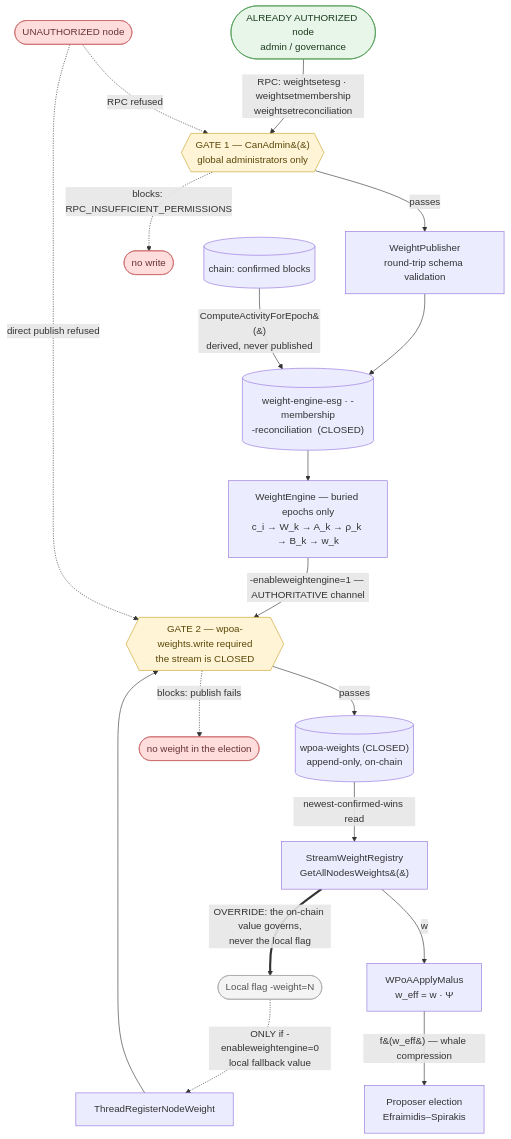
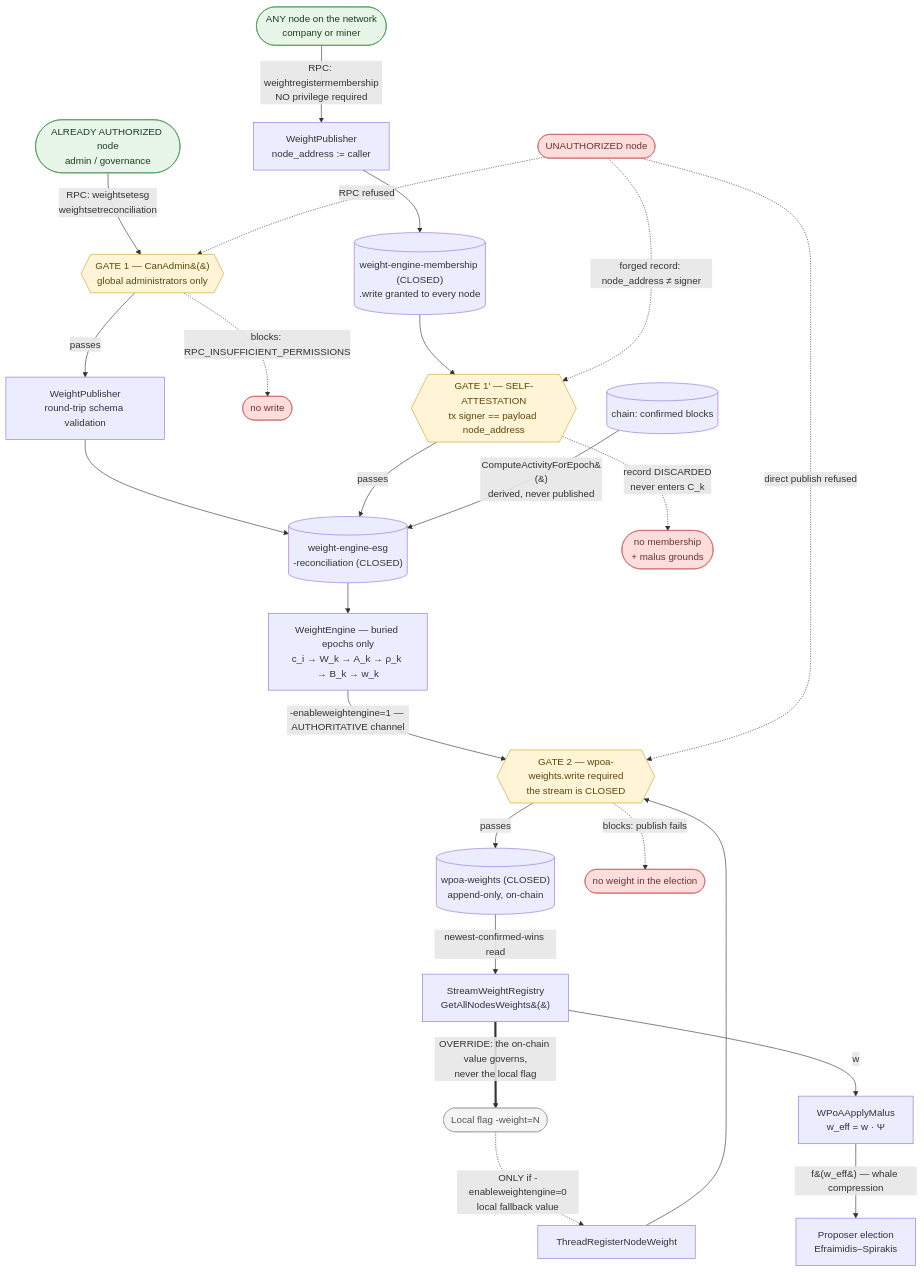
One commit to FeMattu/multichain changed the diagram in src/wpoa/docs/implementation-status.md. Above: the diagram before and after it, drawn with Mermaid. The commit also changed other lines of this file and 17 other files, not shown here.

````diff
--- a/src/wpoa/docs/implementation-status.md
+++ b/src/wpoa/docs/implementation-status.md
@@ -75,39 +75,49 @@
 ```mermaid
 flowchart TD
     ADM([ALREADY AUTHORIZED node<br/>admin / governance]):::ok
     UNAUTH([UNAUTHORIZED node]):::bad
+    ANYNODE([ANY node on the network<br/>company or miner]):::ok
 
-    ADM -->|"RPC: weightsetesg · weightsetmembership<br/>weightsetreconciliation"| GATE_ADM
+    ADM -->|"RPC: weightsetesg<br/>weightsetreconciliation"| GATE_ADM
     UNAUTH -.->|"RPC refused"| GATE_ADM
 
     GATE_ADM{{"GATE 1 — CanAdmin&#40;&#41;<br/>global administrators only"}}:::gate
     GATE_ADM -->|passes| PUB["WeightPublisher<br/>round-trip schema validation"]
     GATE_ADM -.->|"blocks: RPC_INSUFFICIENT_PERMISSIONS"| DENY1([no write]):::bad
 
-    PUB --> INS[("weight-engine-esg · -membership<br/>-reconciliation  (CLOSED)")]
+    PUB --> INS[("weight-engine-esg<br/>-reconciliation  (CLOSED)")]
+
+    ANYNODE -->|"RPC: weightregistermembership<br/>NO privilege required"| PUBM["WeightPublisher<br/>node_address := caller"]
+    PUBM --> MEMS[("weight-engine-membership (CLOSED)<br/>.write granted to every node")]
+
+    MEMS --> GATE_SELF{{"GATE 1' — SELF-ATTESTATION<br/>tx signer == payload node_address"}}:::gate
+    GATE_SELF -->|passes| INS
+    GATE_SELF -.->|"record DISCARDED<br/>never enters C_k"| DENY_M([no membership<br/>+ malus grounds]):::bad
+    UNAUTH -.->|"forged record: node_address ≠ signer"| GATE_SELF
+
     CHAIN[("chain: confirmed blocks")] -->|"ComputeActivityForEpoch&#40;&#41;<br/>derived, never published"| INS
 
     INS --> ENG["WeightEngine — buried epochs only<br/>c_i → W_k → A_k → ρ_k → B_k → w_k"]
 
     CLI([Local flag -weight=N]):::weak
     CLI -.->|"ONLY if -enableweightengine=0<br/>local fallback value"| STAT["ThreadRegisterNodeWeight"]
 
     ENG -->|"-enableweightengine=1 — AUTHORITATIVE channel"| GATE_W
     STAT --> GATE_W
 
     GATE_W{{"GATE 2 — wpoa-weights.write required<br/>the stream is CLOSED"}}:::gate
     GATE_W -->|passes| WSTREAM[("wpoa-weights (CLOSED)<br/>append-only, on-chain")]
     GATE_W -.->|"blocks: publish fails"| DENY2([no weight in the election]):::bad
     UNAUTH -.->|"direct publish refused"| GATE_W
 
     WSTREAM -->|"newest-confirmed-wins read"| REG["StreamWeightRegistry<br/>GetAllNodesWeights&#40;&#41;"]
     REG ==>|"OVERRIDE: the on-chain value governs,<br/>never the local flag"| CLI
 
     REG -->|"w"| MAL["WPoAApplyMalus<br/>w_eff = w · Ψ"]
     MAL -->|"f&#40;w_eff&#41; — whale compression"| ELECT["Proposer election<br/>Efraimidis–Spirakis"]
 
     classDef ok   fill:#e8f5e9,stroke:#4c9a51,color:#1b3d1f;
     classDef bad  fill:#fdd,stroke:#c66,color:#633;
     classDef weak fill:#f4f4f4,stroke:#aaa,color:#555;
     classDef gate fill:#fff4d6,stroke:#c9a227,color:#5a4708;
 ```
````
